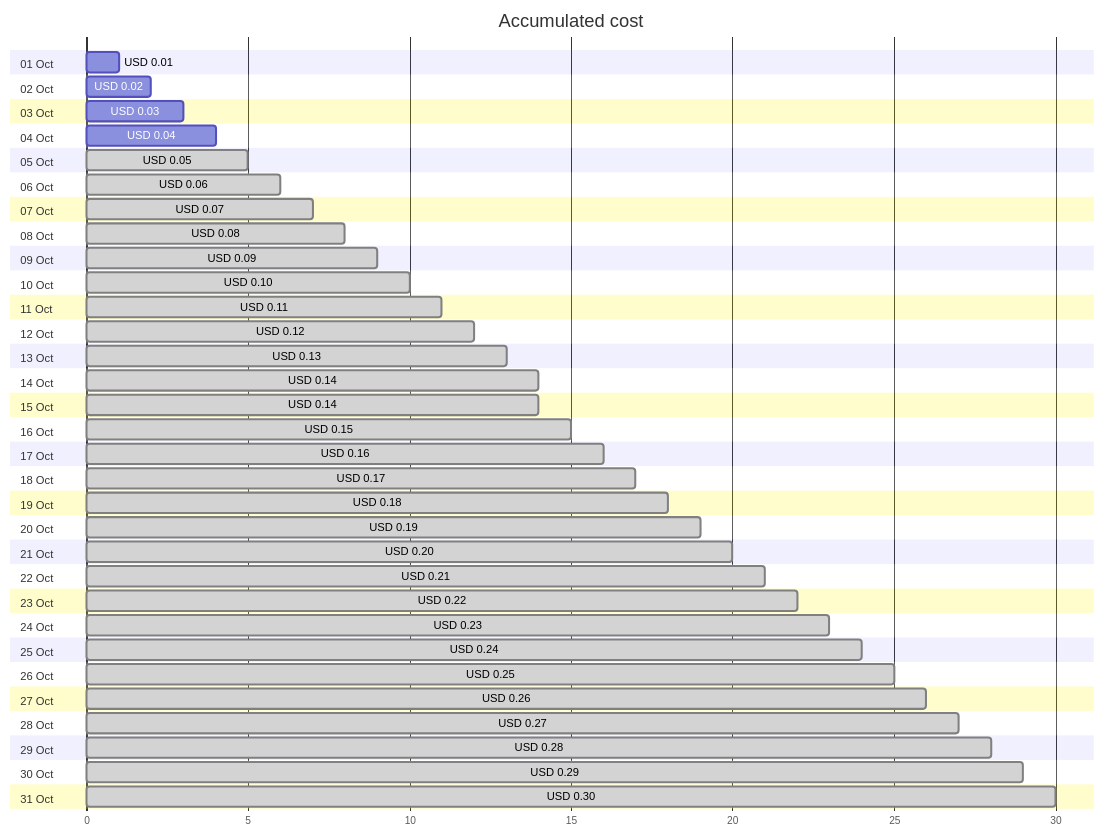
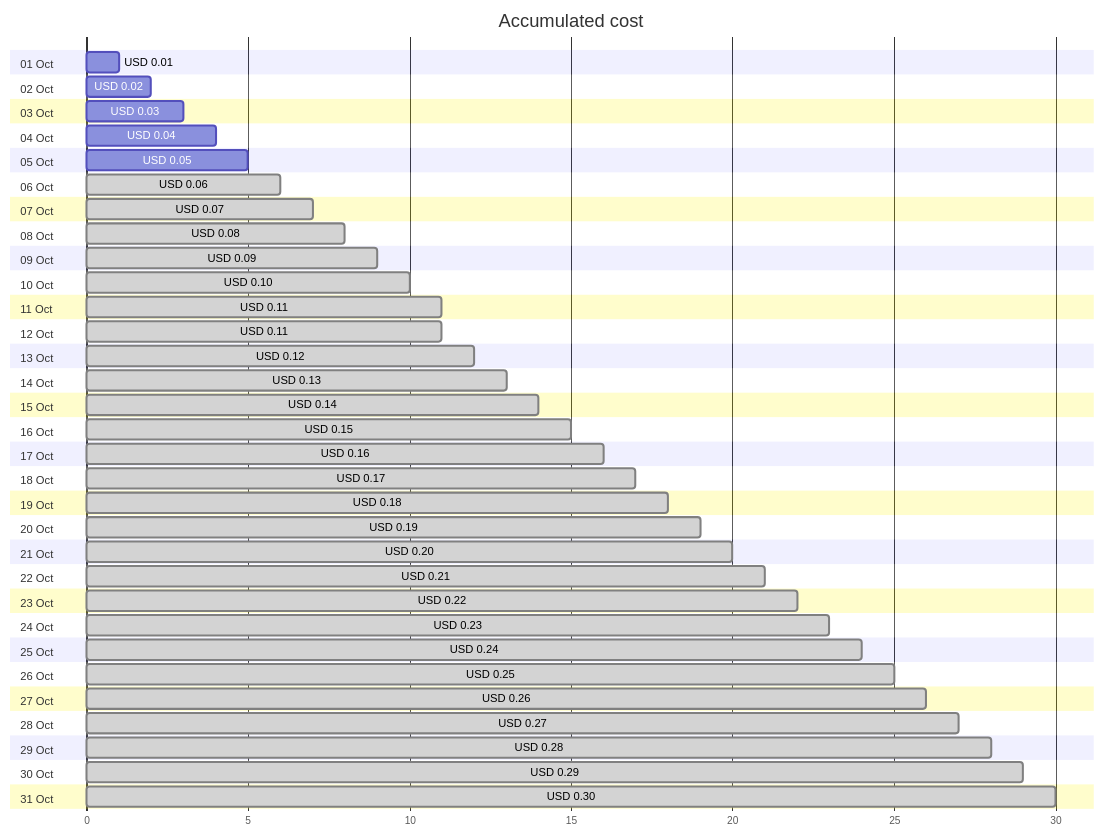
The first of 4 diagrams in cost-reports/cloud-shell-storage-eastus/README.md (jpfulton/azure-personal-reports), drawn with Mermaid before and after one commit. The commit also changed other lines of this file and 1 other file, not shown here.

````diff
--- a/cost-reports/cloud-shell-storage-eastus/README.md
+++ b/cost-reports/cloud-shell-storage-eastus/README.md
@@ -20,68 +20,68 @@
 ```mermaid
 gantt
    title Accumulated cost
    dateFormat  X
    axisFormat %s
    section 01 Oct
    USD 0.01 :0, 1
    section 02 Oct
    USD 0.02 :0, 2
    section 03 Oct
    USD 0.03 :0, 3
    section 04 Oct
    USD 0.04 :0, 4
    section 05 Oct
-   USD 0.05 : done, 0, 5
+   USD 0.05 :0, 5
    section 06 Oct
    USD 0.06 : done, 0, 6
    section 07 Oct
    USD 0.07 : done, 0, 7
    section 08 Oct
    USD 0.08 : done, 0, 8
    section 09 Oct
    USD 0.09 : done, 0, 9
    section 10 Oct
    USD 0.10 : done, 0, 10
    section 11 Oct
    USD 0.11 : done, 0, 11
    section 12 Oct
+   USD 0.11 : done, 0, 11
+   section 13 Oct
    USD 0.12 : done, 0, 12
-   section 13 Oct
+   section 14 Oct
    USD 0.13 : done, 0, 13
-   section 14 Oct
-   USD 0.14 : done, 0, 14
    section 15 Oct
    USD 0.14 : done, 0, 14
    section 16 Oct
    USD 0.15 : done, 0, 15
    section 17 Oct
    USD 0.16 : done, 0, 16
    section 18 Oct
    USD 0.17 : done, 0, 17
    section 19 Oct
    USD 0.18 : done, 0, 18
    section 20 Oct
    USD 0.19 : done, 0, 19
    section 21 Oct
    USD 0.20 : done, 0, 20
    section 22 Oct
    USD 0.21 : done, 0, 21
    section 23 Oct
    USD 0.22 : done, 0, 22
    section 24 Oct
    USD 0.23 : done, 0, 23
    section 25 Oct
    USD 0.24 : done, 0, 24
    section 26 Oct
    USD 0.25 : done, 0, 25
    section 27 Oct
    USD 0.26 : done, 0, 26
    section 28 Oct
    USD 0.27 : done, 0, 27
    section 29 Oct
    USD 0.28 : done, 0, 28
    section 30 Oct
    USD 0.29 : done, 0, 29
    section 31 Oct
    USD 0.30 : done, 0, 30
 ```
````
